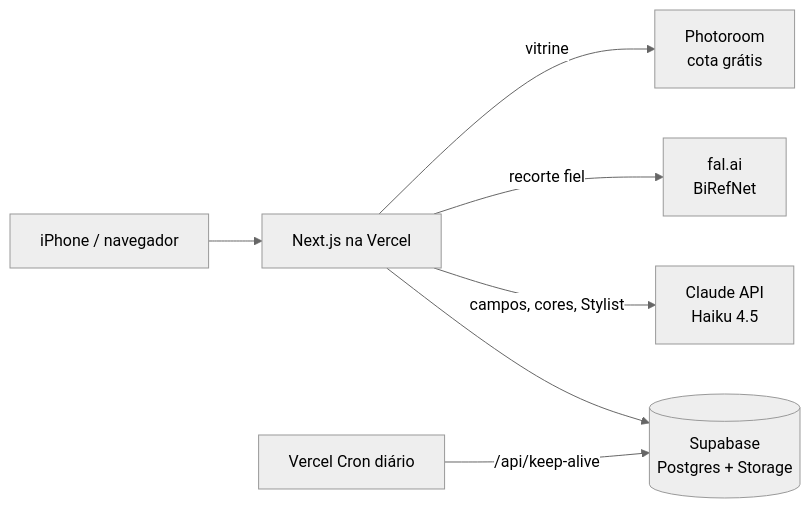
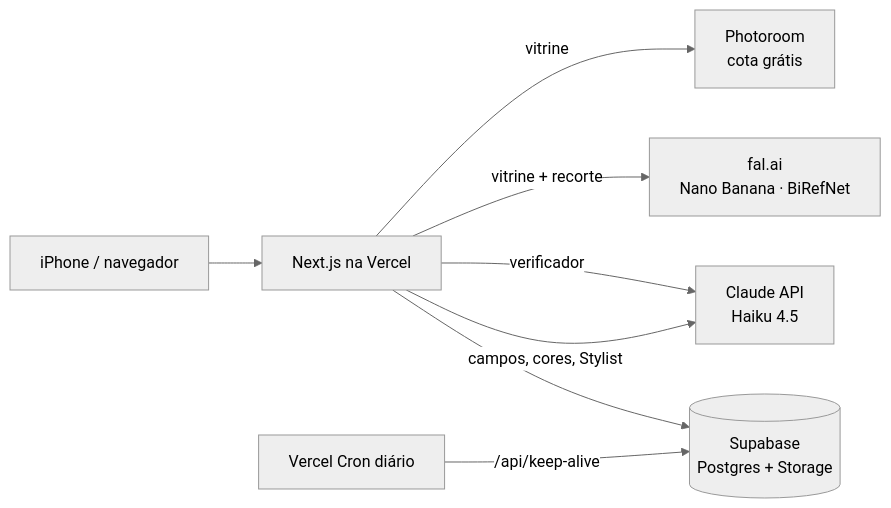
The diagram in README.md (MarinaCarvalhoXavier/muse-app), drawn with Mermaid (neutral theme) before and after one commit. The commit also changed other lines of this file, not shown here.

First line of the commit message:
README: vitrine com manequim invisível + verificador

````diff
--- a/README.md
+++ b/README.md
@@ -44,9 +44,10 @@
 ```mermaid
 flowchart LR
     U[iPhone / navegador] --> N[Next.js na Vercel]
     N -->|vitrine| P[Photoroom<br/>cota grátis]
-    N -->|recorte fiel| F[fal.ai<br/>BiRefNet]
+    N -->|vitrine + recorte| F[fal.ai<br/>Nano Banana · BiRefNet]
+    N -->|verificador| C
     N -->|campos, cores, Stylist| C[Claude API<br/>Haiku 4.5]
     N --> S[(Supabase<br/>Postgres + Storage)]
     V[Vercel Cron diário] -->|/api/keep-alive| S
 ```
````
